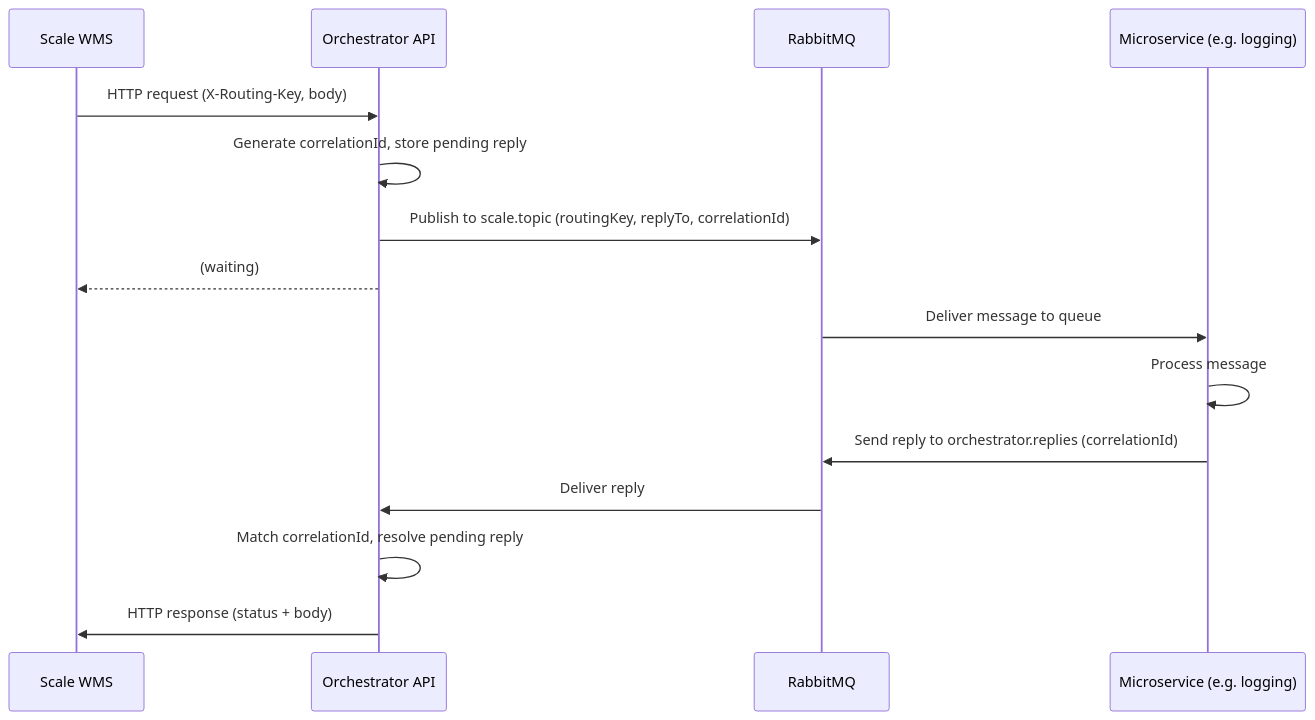
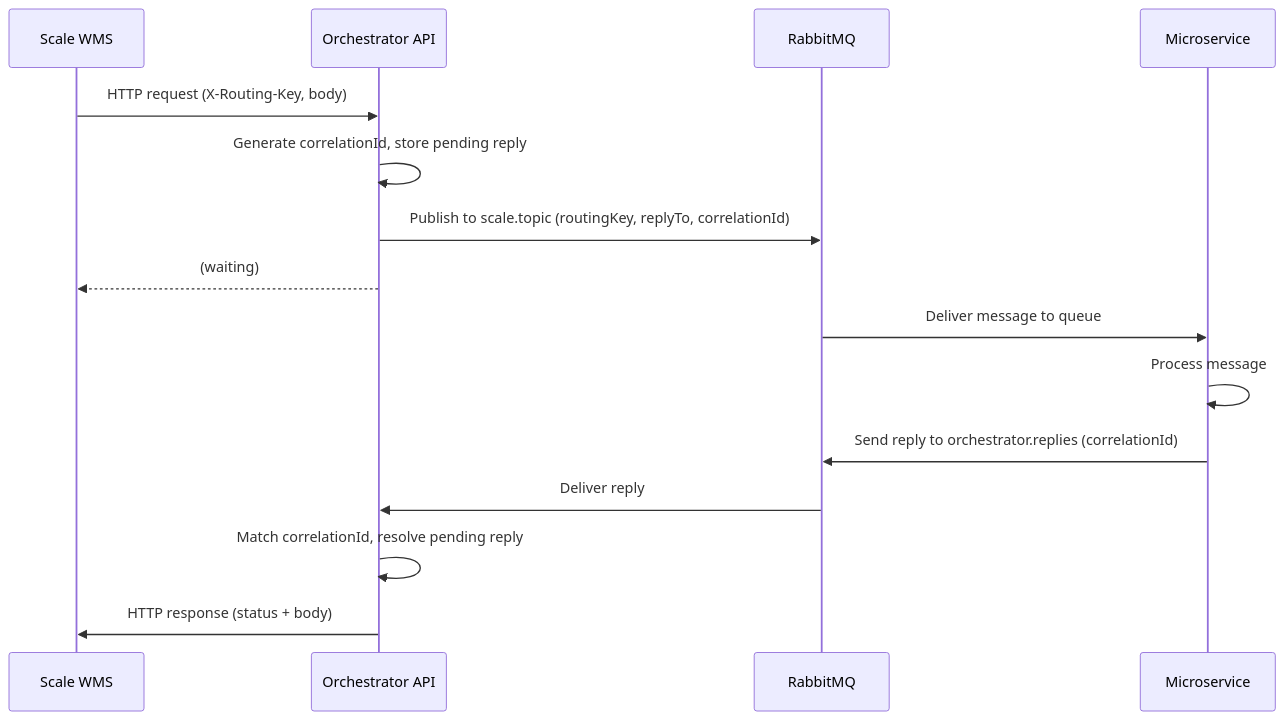
Before and after one commit to CosminMihai09/scale-wms-orchestrator: the second of 3 diagrams in docs/ARCHITECTURE.md, drawn with Mermaid. The commit also changed other lines of this file and 27 other files, not shown here.

````diff
--- a/docs/ARCHITECTURE.md
+++ b/docs/ARCHITECTURE.md
@@ -89,19 +88,19 @@
 ```mermaid
 sequenceDiagram
     participant WMS as Scale WMS
     participant Orch as Orchestrator API
     participant RMQ as RabbitMQ
-    participant Svc as Microservice (e.g. logging)
+    participant Svc as Microservice
 
     WMS->>Orch: HTTP request (X-Routing-Key, body)
     Orch->>Orch: Generate correlationId, store pending reply
     Orch->>RMQ: Publish to scale.topic (routingKey, replyTo, correlationId)
     Orch-->>WMS: (waiting)
 
     RMQ->>Svc: Deliver message to queue
     Svc->>Svc: Process message
     Svc->>RMQ: Send reply to orchestrator.replies (correlationId)
     RMQ->>Orch: Deliver reply
     Orch->>Orch: Match correlationId, resolve pending reply
     Orch->>WMS: HTTP response (status + body)
 ```
````
